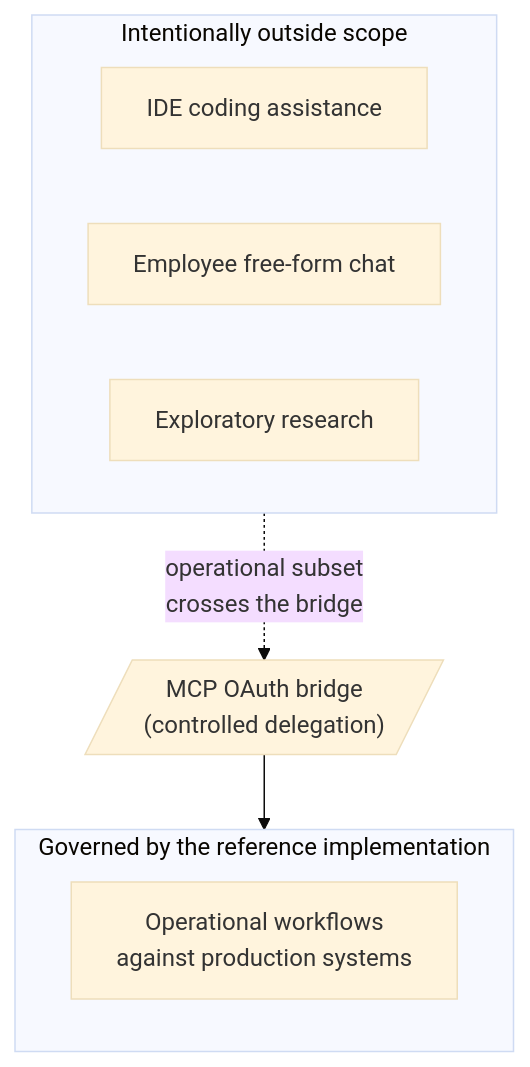
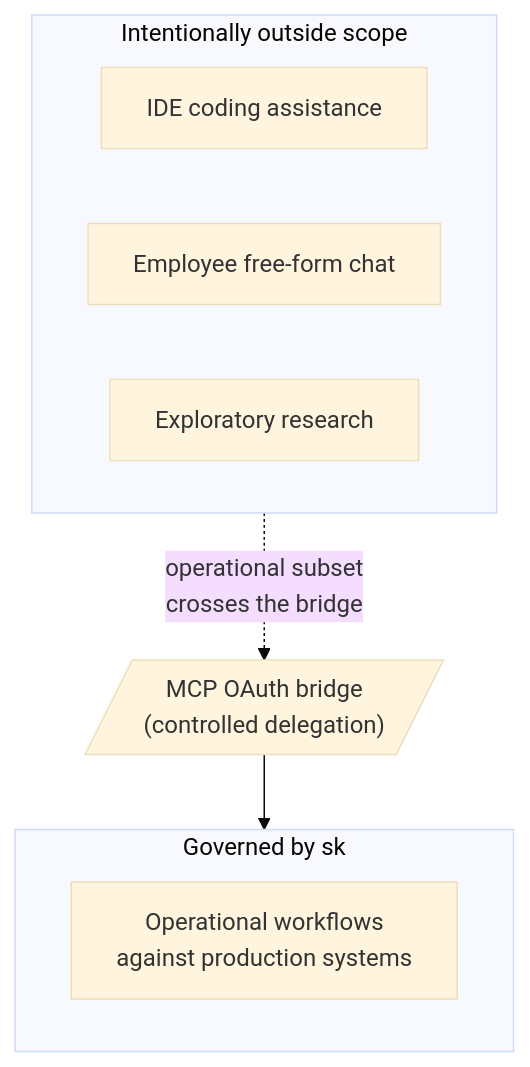
One commit to MikeBild/subkit changed the first of 4 diagrams in docs/positioning.md. Above: the diagram before and after it, drawn with Mermaid (base theme). The commit also changed other lines of this file and 412 other files, not shown here.

````diff
--- a/docs/positioning.md
+++ b/docs/positioning.md
@@ -21,14 +21,14 @@
 ```mermaid
 flowchart TB
-    subgraph governed["Governed by the reference implementation"]
+    subgraph governed["Governed by sk"]
         Ops["Operational workflows<br/>against production systems"]
     end
     subgraph free["Intentionally outside scope"]
         Code["IDE coding assistance"]
         Chat["Employee free-form chat"]
         Research["Exploratory research"]
     end
     Bridge[/"MCP OAuth bridge<br/>(controlled delegation)"/]
     free -. "operational subset<br/>crosses the bridge" .-> Bridge
     Bridge --> governed
 ```
````
